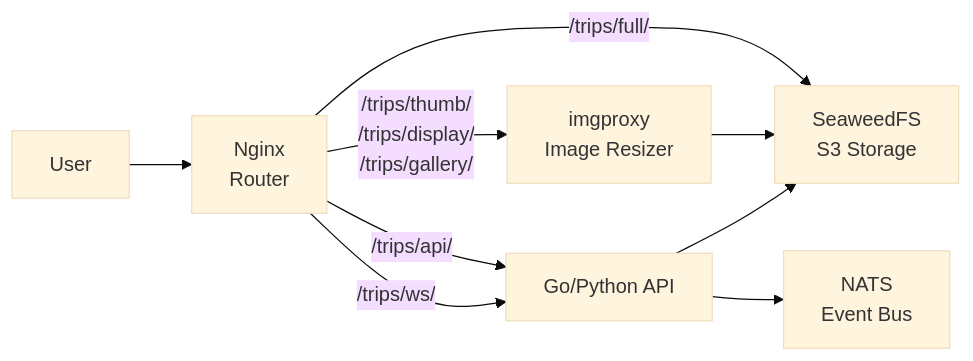
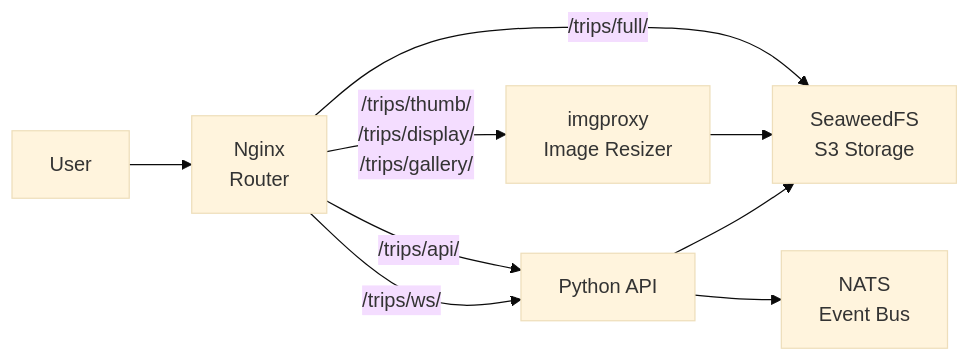
The diagram in projects/trips/chart/README.md (jomcgi/homelab), drawn with Mermaid (base theme) before and after one commit.

Commit message:
docs(trips): fix README inaccuracies
Correct architecture diagram label from 'Go/Python API' to 'Python API'.
The trips API server is entirely Python (FastAPI + uvicorn), not Go.

````diff
--- a/projects/trips/chart/README.md
+++ b/projects/trips/chart/README.md
@@ -9,11 +9,11 @@
 ```mermaid
 flowchart LR
     User[User] --> Nginx[Nginx\nRouter]
     Nginx -->|/trips/full/| SeaweedFS[SeaweedFS\nS3 Storage]
     Nginx -->|/trips/thumb/\n/trips/display/\n/trips/gallery/| Imgproxy[imgproxy\nImage Resizer]
     Imgproxy --> SeaweedFS
-    Nginx -->|/trips/api/| API[Go/Python API]
+    Nginx -->|/trips/api/| API[Python API]
     Nginx -->|/trips/ws/| API
     API --> SeaweedFS
     API --> NATS[NATS\nEvent Bus]
 ```
````
